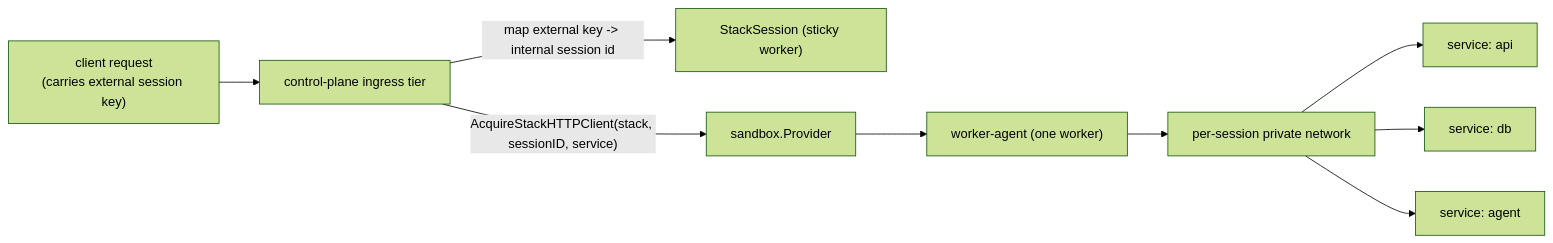
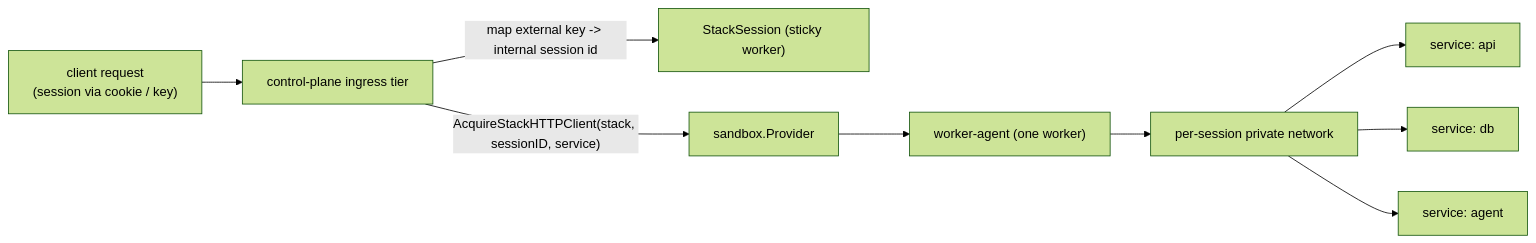
One commit to discobox-ai/discobox changed the first of 4 diagrams in docs/stacks.md. Above: the diagram before and after it, drawn with Mermaid (forest theme). The commit also changed other lines of this file and 53 other files, not shown here.

````diff
--- a/docs/stacks.md
+++ b/docs/stacks.md
@@ -19,11 +20,11 @@
 ```mermaid
 flowchart LR
-    client["client request\n(carries external session key)"] --> ingress["control-plane ingress tier"]
+    client["client request\n(session via cookie / key)"] --> ingress["control-plane ingress tier"]
     ingress -->|"map external key -> internal session id"| session["StackSession (sticky worker)"]
     ingress -->|"AcquireStackHTTPClient(stack, sessionID, service)"| provider["sandbox.Provider"]
     provider --> worker["worker-agent (one worker)"]
     worker --> net["per-session private network"]
     net --> svcA["service: api"]
     net --> svcB["service: db"]
     net --> agent["service: agent"]
 ```
````
